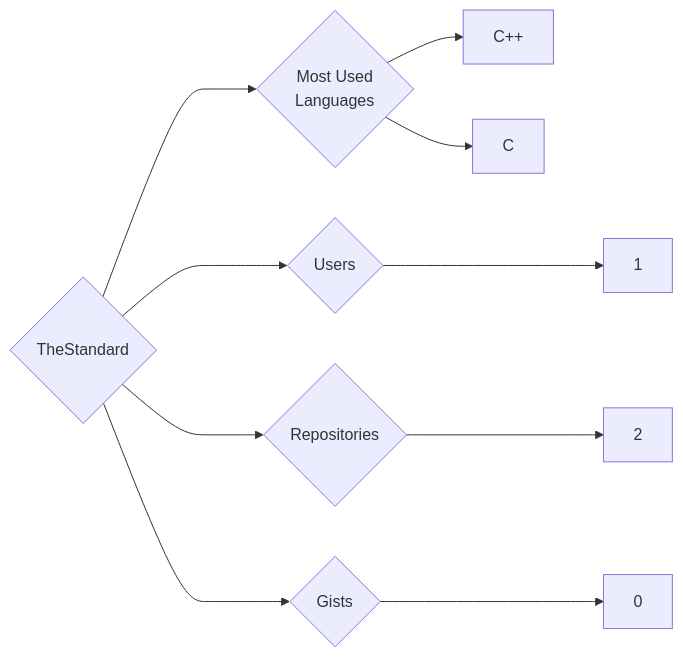
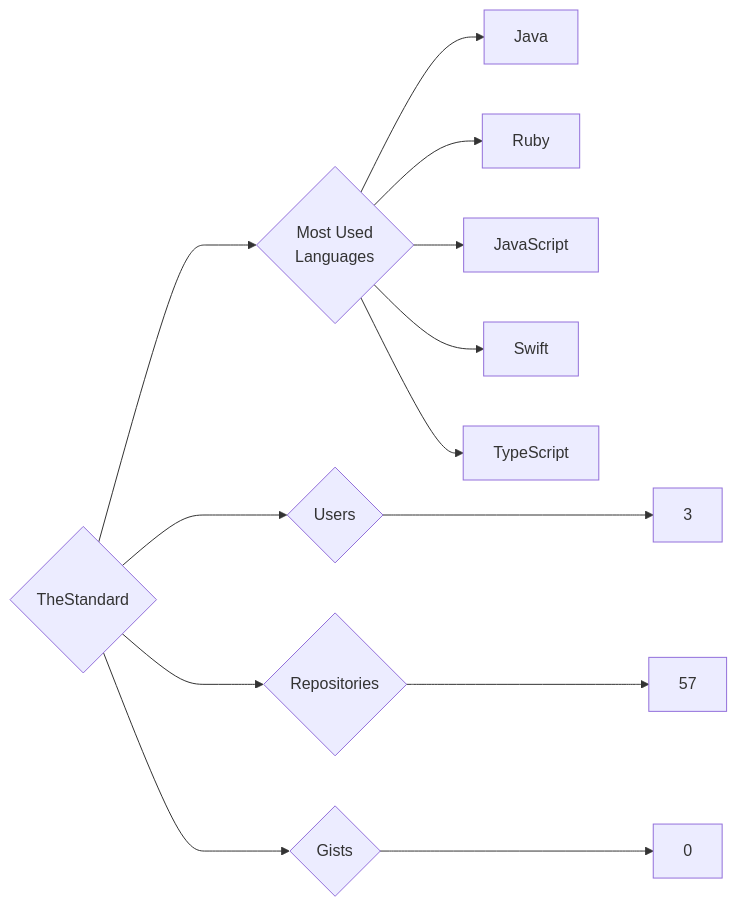
One commit to trickest/insiders changed the diagram in targets/TheStandard/README.md. Above: the diagram before and after it, drawn with Mermaid. The commit also changed 895 other files, not shown here.

````diff
--- a/targets/TheStandard/README.md
+++ b/targets/TheStandard/README.md
@@ -3,10 +3,13 @@
 ```mermaid
 graph LR
 COMPANY_NAME{TheStandard}
-COMPANY_NAME ---> U{Users} ---> UN[1]
-COMPANY_NAME ---> R{Repositories} ---> RN[2]
+COMPANY_NAME ---> U{Users} ---> UN[3]
+COMPANY_NAME ---> R{Repositories} ---> RN[57]
 COMPANY_NAME ---> G{Gists} ---> GN[0]
 COMPANY_NAME ---> ML{Most Used<br>Languages}
-ML --> C++[C++]
-ML --> C[C]
+ML --> Java[Java]
+ML --> Ruby[Ruby]
+ML --> JavaScript[JavaScript]
+ML --> Swift[Swift]
+ML --> TypeScript[TypeScript]
 ```
````
